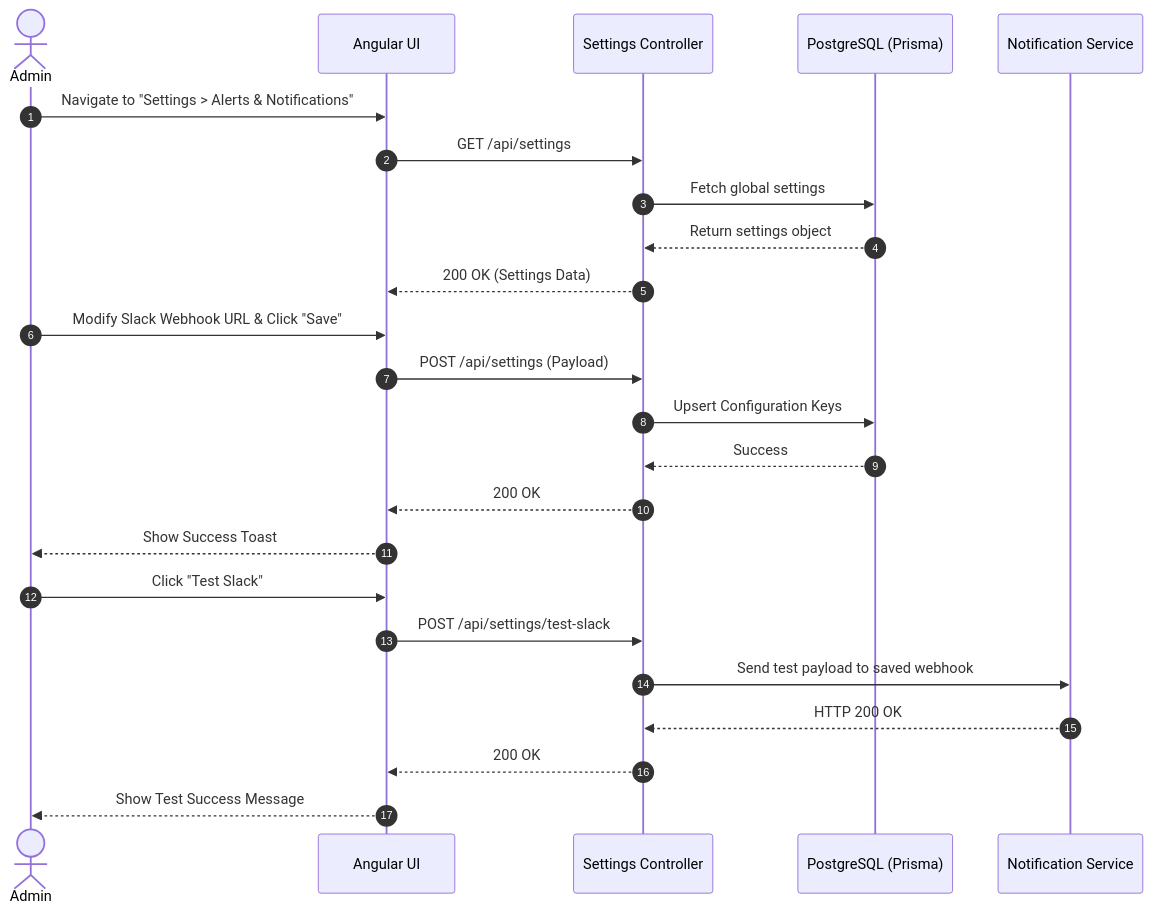
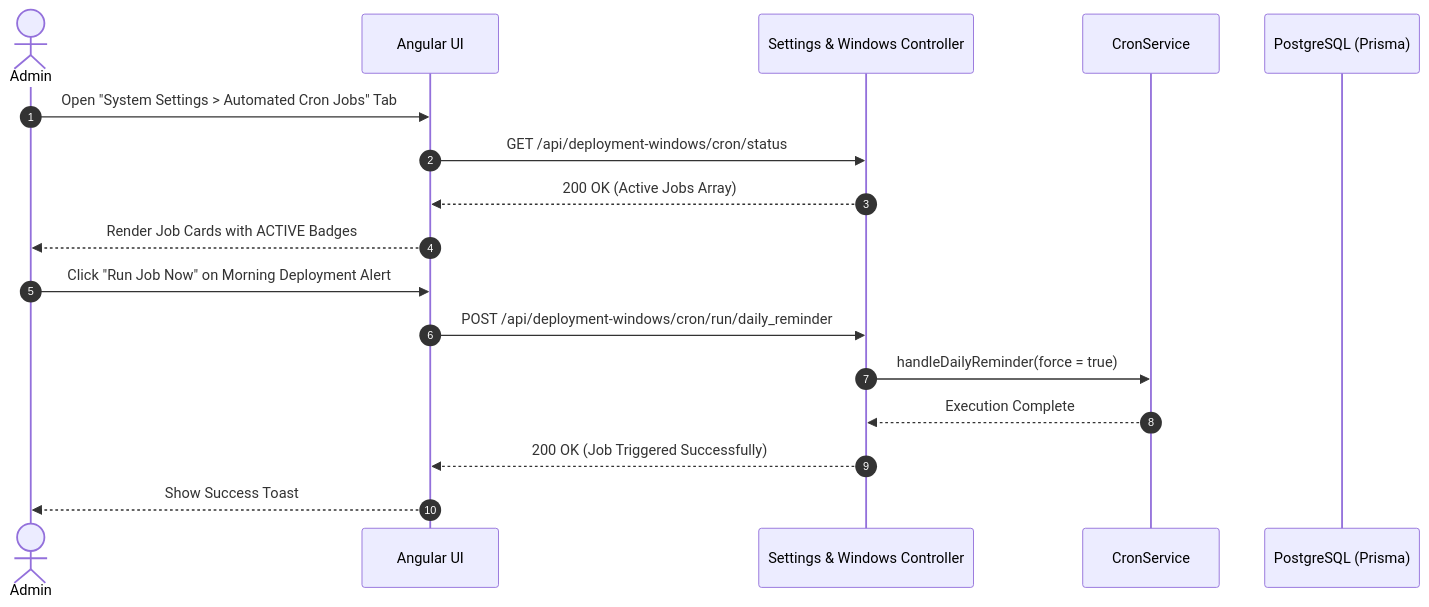
One commit to quocanhDev99/release_flow_platform changed the second of 2 diagrams in docs/03-Features-and-Usecases/03.6-system-settings.md. Above: the diagram before and after it, drawn with Mermaid. The commit also changed other lines of this file and 18 other files, not shown here.

Commit message:
refactor: redesign scheduler header and sidebar components while updating documentation for new system settings and cron job features

````diff
--- a/docs/03-Features-and-Usecases/03.6-system-settings.md
+++ b/docs/03-Features-and-Usecases/03.6-system-settings.md
@@ -36,29 +47,21 @@
 ```mermaid
 sequenceDiagram
     autonumber
     actor Admin
     participant Frontend as Angular UI
-    participant SettingsAPI as Settings Controller
+    participant SettingsAPI as Settings & Windows Controller
+    participant CronSvc as CronService
     participant DB as PostgreSQL (Prisma)
-    participant NotificationSvc as Notification Service
 
-    Admin->>Frontend: Navigate to "Settings > Alerts & Notifications"
-    Frontend->>SettingsAPI: GET /api/settings
-    SettingsAPI->>DB: Fetch global settings
-    DB-->>SettingsAPI: Return settings object
-    SettingsAPI-->>Frontend: 200 OK (Settings Data)
+    Admin->>Frontend: Open "System Settings > Automated Cron Jobs" Tab
+    Frontend->>SettingsAPI: GET /api/deployment-windows/cron/status
+    SettingsAPI-->>Frontend: 200 OK (Active Jobs Array)
+    Frontend-->>Admin: Render Job Cards with ACTIVE Badges
     
-    Admin->>Frontend: Modify Slack Webhook URL & Click "Save"
-    Frontend->>SettingsAPI: POST /api/settings (Payload)
-    SettingsAPI->>DB: Upsert Configuration Keys
-    DB-->>SettingsAPI: Success
-    SettingsAPI-->>Frontend: 200 OK
+    Admin->>Frontend: Click "Run Job Now" on Morning Deployment Alert
+    Frontend->>SettingsAPI: POST /api/deployment-windows/cron/run/daily_reminder
+    SettingsAPI->>CronSvc: handleDailyReminder(force = true)
+    CronSvc-->>SettingsAPI: Execution Complete
+    SettingsAPI-->>Frontend: 200 OK (Job Triggered Successfully)
     Frontend-->>Admin: Show Success Toast
-    
-    Admin->>Frontend: Click "Test Slack"
-    Frontend->>SettingsAPI: POST /api/settings/test-slack
-    SettingsAPI->>NotificationSvc: Send test payload to saved webhook
-    NotificationSvc-->>SettingsAPI: HTTP 200 OK
-    SettingsAPI-->>Frontend: 200 OK
-    Frontend-->>Admin: Show Test Success Message
 ```
````
